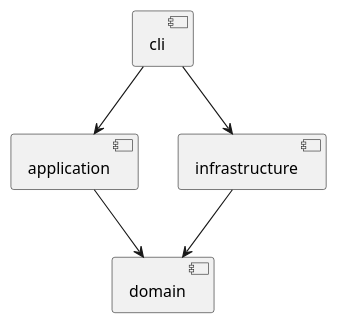
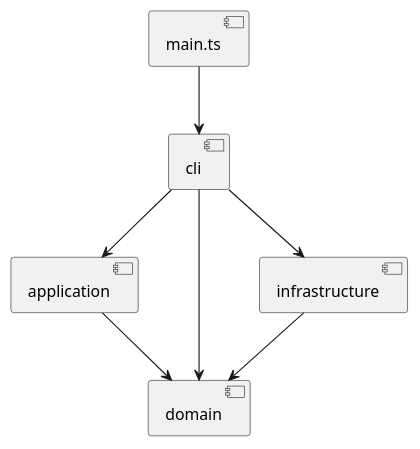
The first of 2 diagrams in doc/README.md (galaxyzhe/svg_cli), drawn with PlantUML before and after one commit. The commit also changed other lines of this file, not shown here.

Commit message:
docs: align architecture and acceptance records

````diff
--- a/doc/README.md
+++ b/doc/README.md
@@ -21,8 +19,10 @@
 ```plantuml
 @startuml
+[main.ts] --> [cli]
 [cli] --> [application]
+[cli] --> [domain]
+[cli] --> [infrastructure]
 [application] --> [domain]
 [infrastructure] --> [domain]
-[cli] --> [infrastructure]
 @enduml
 ```
````
